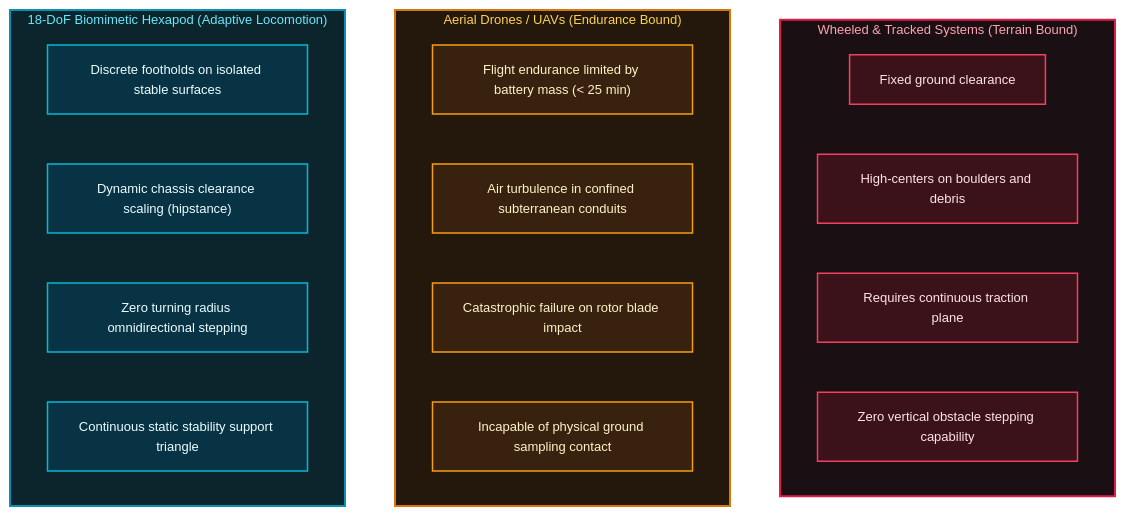
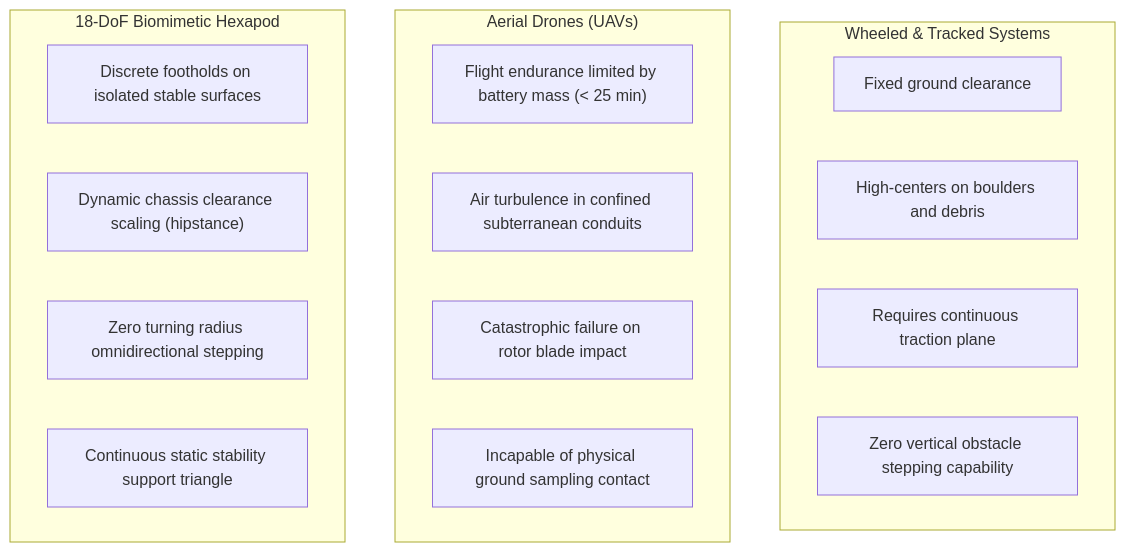
Before and after one commit to GrrGrrMan/spider-blog: the first of 4 diagrams in src/content/docs/00-mission-and-intentions.md, drawn with Mermaid. The commit also changed other lines of this file and 1 other file, not shown here.

````diff
--- a/src/content/docs/00-mission-and-intentions.md
+++ b/src/content/docs/00-mission-and-intentions.md
@@ -15,36 +15,23 @@
 ```mermaid
-%%{init: {'theme': 'base', 'themeVariables': {'primaryColor': '#1e293b', 'primaryTextColor': '#f8fafc', 'primaryBorderColor': '#334155', 'lineColor': '#64748b', 'textColor': '#f8fafc', 'fontSize': '13px'}}}%%
 flowchart TD
-    subgraph WheeledTracked ["Wheeled & Tracked Systems (Terrain Bound)"]
+    subgraph WheeledTracked ["Wheeled & Tracked Systems"]
         W1["Fixed ground clearance"]
         W2["High-centers on boulders and debris"]
         W3["Requires continuous traction plane"]
         W4["Zero vertical obstacle stepping capability"]
     end
 
-    subgraph AerialDrones ["Aerial Drones / UAVs (Endurance Bound)"]
+    subgraph AerialDrones ["Aerial Drones (UAVs)"]
         D1["Flight endurance limited by battery mass (< 25 min)"]
         D2["Air turbulence in confined subterranean conduits"]
         D3["Catastrophic failure on rotor blade impact"]
         D4["Incapable of physical ground sampling contact"]
     end
 
-    subgraph HexapodPlatform ["18-DoF Biomimetic Hexapod (Adaptive Locomotion)"]
+    subgraph HexapodPlatform ["18-DoF Biomimetic Hexapod"]
         H1["Discrete footholds on isolated stable surfaces"]
         H2["Dynamic chassis clearance scaling (hipstance)"]
         H3["Zero turning radius omnidirectional stepping"]
         H4["Continuous static stability support triangle"]
     end
-
-    classDef redNode fill:#3b1219,stroke:#f43f5e,stroke-width:1.5px,color:#ffe4e6;
-    classDef amberNode fill:#38220f,stroke:#f59e0b,stroke-width:1.5px,color:#fef3c7;
-    classDef cyanNode fill:#083344,stroke:#06b6d4,stroke-width:1.5px,color:#ecfeff;
-
-    class W1,W2,W3,W4 redNode;
-    class D1,D2,D3,D4 amberNode;
-    class H1,H2,H3,H4 cyanNode;
-
-    style WheeledTracked fill:#1a0f13,stroke:#e11d48,stroke-width:2px,color:#fda4af
-    style AerialDrones fill:#24180d,stroke:#d97706,stroke-width:2px,color:#fcd34d
-    style HexapodPlatform fill:#0c242c,stroke:#0891b2,stroke-width:2px,color:#67e8f9
 ```
````
